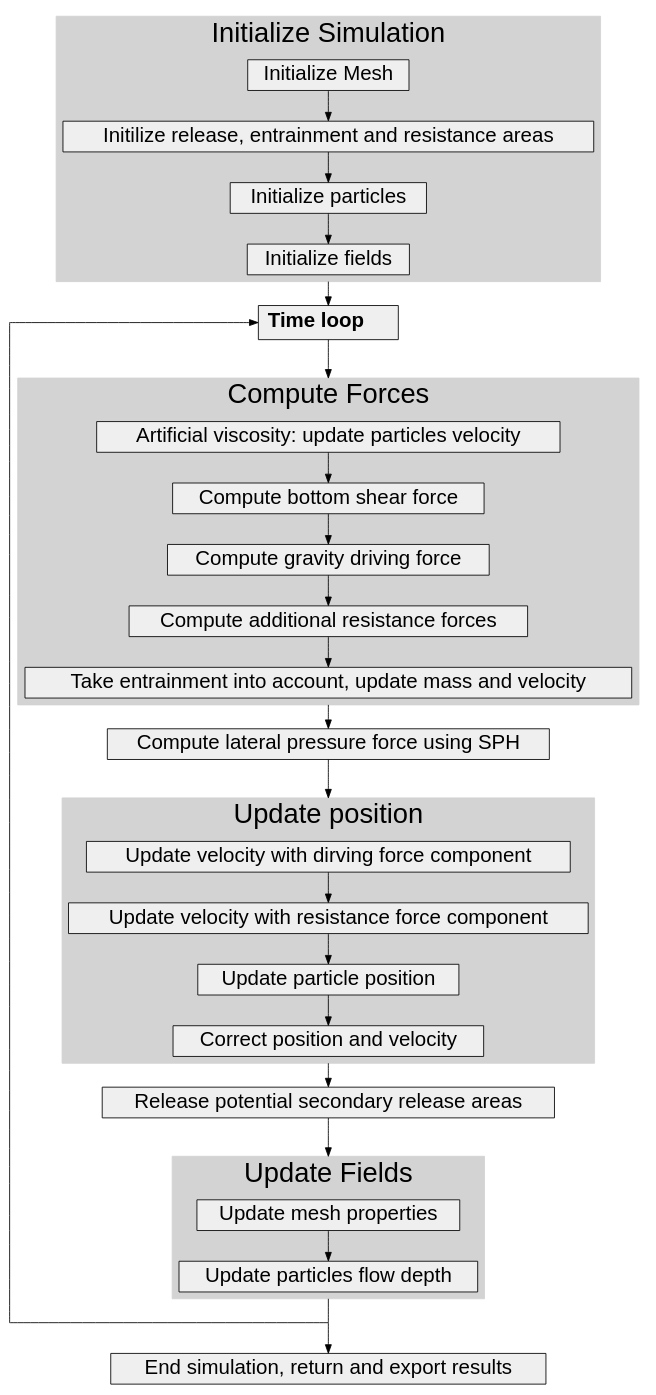
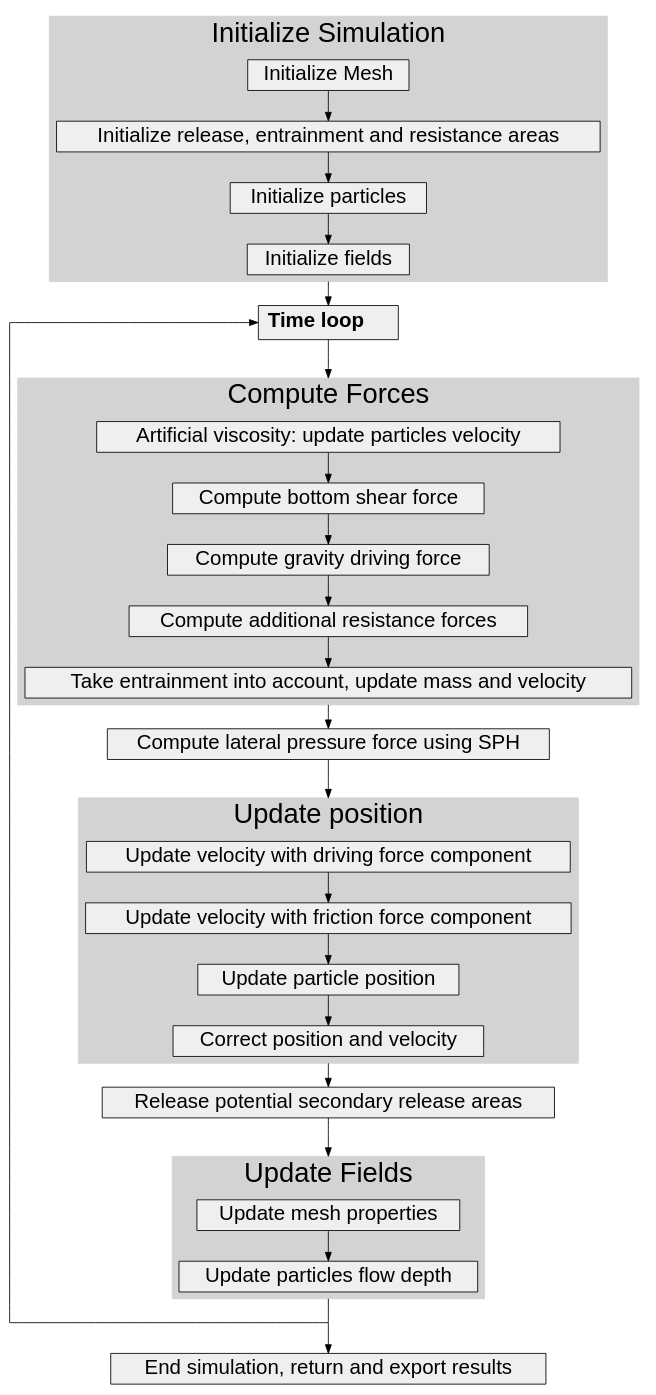
The diagram in docs/com1DFAAlgorithmGraph.dot (avaframe/AvaFrame), drawn with Graphviz before and after one commit. The commit also changed 7 other files, not shown here.

```diff
--- a/docs/com1DFAAlgorithmGraph.dot
+++ b/docs/com1DFAAlgorithmGraph.dot
@@ -1,137 +1,137 @@
 
 digraph "com1DFA algorithm graph" {
   /* compound=true; */
   newrank=true;
   size="100,100";
   rankdir="TB";
   graph [compound=true, ranksep=0.5, splines=ortho, fontname="helvetica", fontsize="32"];
   node [shape=box, style=filled, fontsize=24 fontname="helvetica" fillcolor="#efefef"];
   edge [fontname="helvetica", fontsize="18"];
 
   prepareMesh [label="Initialize Mesh", href="../com1DFAAlgorithm.html#initialize-mesh" tooltip="Go to: initialize mesh" target="_top"];
 
-  prepareAreas [label= "Initilize release, entrainment and resistance areas",
+  prepareAreas [label= "Initialize release, entrainment and resistance areas",
   href="../com1DFAAlgorithm.html#initialize-release-entrainment-and-resistance-areas" tooltip="Go to: release... initialization" target="_top"];
 
   initializeParticles [label="Initialize particles", href="../com1DFAAlgorithm.html#initialize-particles" tooltip="Go to: particle initialization" target="_top"];
 
   initializeFields [label="Initialize fields", href="../com1DFAAlgorithm.html#initialize-fields" tooltip="Go to: Initialize fields" target="_top"];
 
   timeLoop [label=<
     <table border="0" cellborder="0" cellspacing="1">
      <tr><td align="left"><b>Time loop </b></td></tr>
     </table>>, href="../com1DFAAlgorithm.html#time-scheme-and-iterations" tooltip="Go to: Time scheme" target="_top"];
 
   endTimeLoop [width=0 shape=point label=""];
   intermediate0 [width=0 shape=point label=""];
   intermediate1 [width=0 shape=point label=""];
   intermediate2 [width=0 shape=point label=""];
 
 
   artifViscosity [label="Artificial viscosity: update particles velocity",
   href="../com1DFAAlgorithm.html#artificial-viscosity" tooltip="Go to: Artificial viscosity" target="_top"];
 
   computeFrictForce [label="Compute bottom shear force",
   href="../theoryCom1DFA.html#compute-friction-forces"];
 
   computeGravityForce [label="Compute gravity driving force",
   href="../com1DFAAlgorithm.html#compute-body-driving-force" tooltip="Go to: Gravity force" target="_top"];
 
   computeResForce [label="Compute additional resistance forces",
   href="../com1DFAAlgorithm.html#added-resistance-force" tooltip="Go to: Additional resistance" target="_top"];
 
   updateMassEntr [label="Take entrainment into account, update mass and velocity",
   href="../com1DFAAlgorithm.html#take-entrainment-into-account" tooltip="Go to: Add entrained mass" target="_top"];
 
   computeSPHForce [label="Compute lateral pressure force using SPH",
   href="../DFAnumerics.html#sph-gradient" title="Go to: Add lateral pressure force" target="_top"];
 
-  updateVelocityDrive [label="Update velocity with dirving force component",
+  updateVelocityDrive [label="Update velocity with driving force component",
   href="../com1DFAAlgorithm.html#update-position" tooltip="Go to: Update Position" target="_top"];
 
-  updateVelocityFrict [label="Update velocity with resistance force component",
+  updateVelocityFrict [label="Update velocity with friction force component",
   href="../com1DFAAlgorithm.html#update-position" tooltip="Go to: Update Position" target="_top"];
 
   updatePartPos [label="Update particle position",
   href="../com1DFAAlgorithm.html#update-position" tooltip="Go to: Update Position" target="_top"];
 
   correctPartPos [label="Correct position and velocity",
   href="../com1DFAAlgorithm.html#update-position" tooltip="Go to: Update Position" target="_top"];
 
   addSecRelease [label="Release potential secondary release areas",
   href="../com1DFAAlgorithm.html#add-secondary-release-area" tooltip="Go to: Secondary release" target="_top"];
 
   updateFields [label="Update mesh properties",
   href="../com1DFAAlgorithm.html#update-fields" tooltip="Go to: Update fields" target="_top"];
 
   updateParticlesFlowDepth [label="Update particles flow depth",
   href="../com1DFAAlgorithm.html#update-fields" tooltip="Go to: Update fields" target="_top"];
 
   endSimulation [label="End simulation, return and export results",
   href="../com1DFAAlgorithm.html#simulation-outputs" tooltip="Go to: Simulation outputs" target="_top"];
 
 
   initializeFields -> timeLoop [weight=10,ltail=cluster_initialization];
   timeLoop -> intermediate0 [weight=10, arrowhead=none];
   intermediate0 -> artifViscosity [weight=10,lhead=cluster_Forces];
   updateMassEntr -> computeSPHForce [weight=10, ltail=cluster_Forces];
   computeSPHForce -> intermediate1 [weight=10, arrowhead=none];
   intermediate1 -> updateVelocityDrive [weight=10,lhead=cluster_2];
   correctPartPos -> addSecRelease [weight=10,ltail=cluster_2];
   addSecRelease -> intermediate2 [weight=10, arrowhead=none];
   intermediate2 -> updateFields [weight=10,lhead=cluster_3];
   updateParticlesFlowDepth -> endTimeLoop [weight=10,ltail=cluster_3, arrowhead=none];
   endTimeLoop -> endSimulation [weight=10];
   endTimeLoop -> timeLoop [weight=1, constraint=false];
 
 
   /* prepareMesh -> timeLoop [weight=10,ltail=cluster_initialization];
   timeLoop -> artifViscosity [weight=10,lhead=cluster_Forces];
   artifViscosity -> computeSPHForce [weight=10, ltail=cluster_Forces];
   computeSPHForce -> updateVelocityDrive [weight=10,lhead=cluster_2];
   updateVelocityDrive -> addSecRelease [weight=10,ltail=cluster_2];
   addSecRelease -> updateFields [weight=10,lhead=cluster_3];
   updateFields -> endTimeLoop [weight=10,ltail=cluster_3, arrowhead=none];
   endTimeLoop -> endSimulation [weight=10];
   endTimeLoop -> timeLoop [weight=1, constraint=false]; */
 
   subgraph cluster_initialization {
     /* rank=same; */
     style=filled;
     color=lightgrey;
     prepareMesh -> prepareAreas[weight=10];
     prepareAreas -> initializeParticles[weight=10];
     initializeParticles -> initializeFields[weight=10];
     label = "Initialize Simulation";
   }
 
   subgraph cluster_Forces {
     /* rank=same; */
     style=filled;
     color=lightgrey;
     artifViscosity -> computeFrictForce[weight=10];
     computeFrictForce -> computeGravityForce[weight=10];
     computeGravityForce -> computeResForce[weight=10];
     computeResForce -> updateMassEntr[weight=10];
     label = "Compute Forces";
   }
 
   subgraph cluster_2 {
     /* rank=same; */
     updateVelocityDrive -> updateVelocityFrict [weight=10];
     updateVelocityFrict -> updatePartPos [weight=10];
     updatePartPos -> correctPartPos [weight=10];
     href="../com1DFAAlgorithm.html#update-position" tooltip="Go to: Update Position" target="_top"
     label = "Update position";
     style=filled;
     color=lightgrey;
   }
   subgraph cluster_3 {
     /* rank=same; */
     updateFields -> updateParticlesFlowDepth [weight=10];
     label = "Update Fields";
     style=filled;
     color=lightgrey;
   }
 
    }
```
